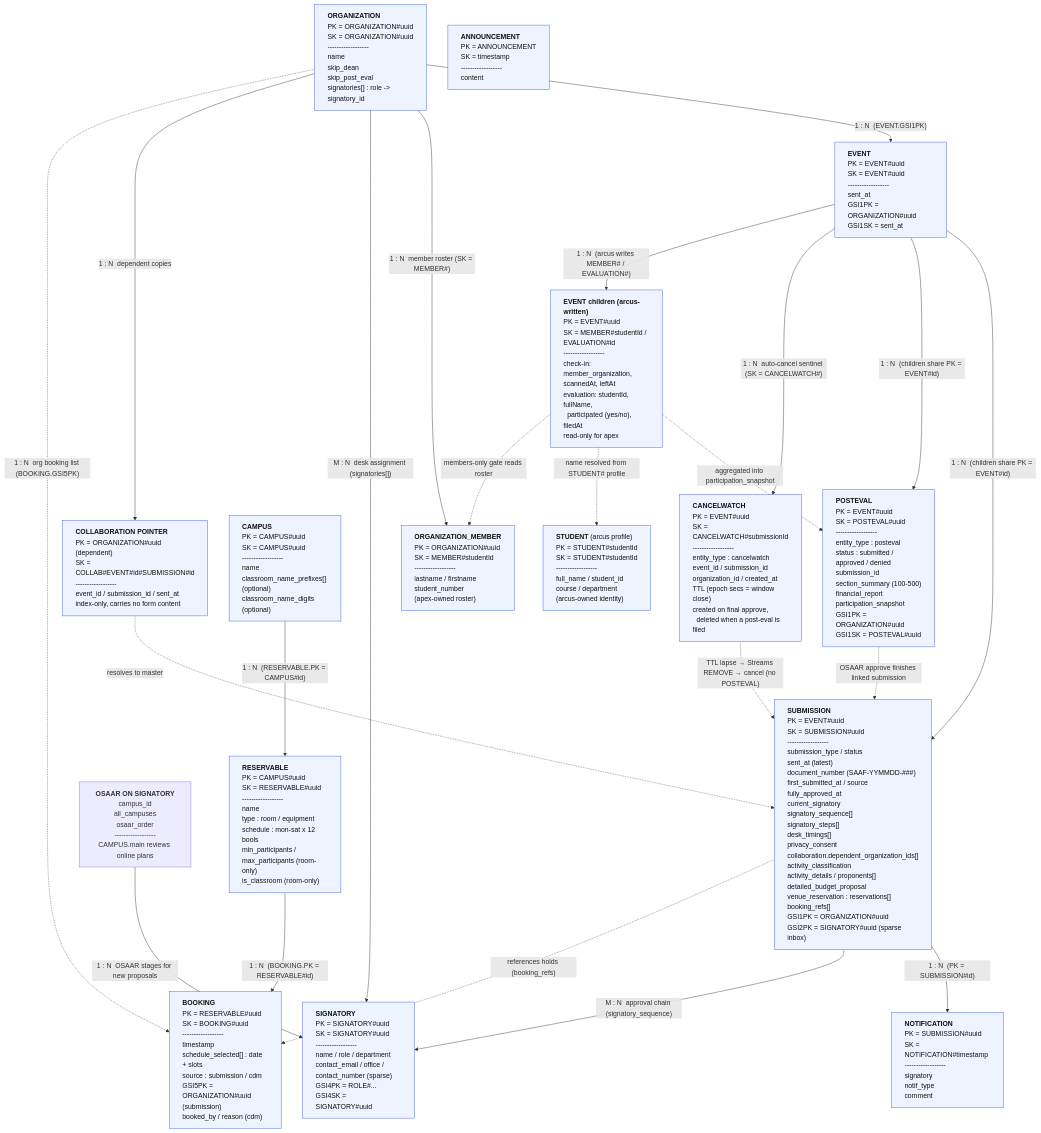
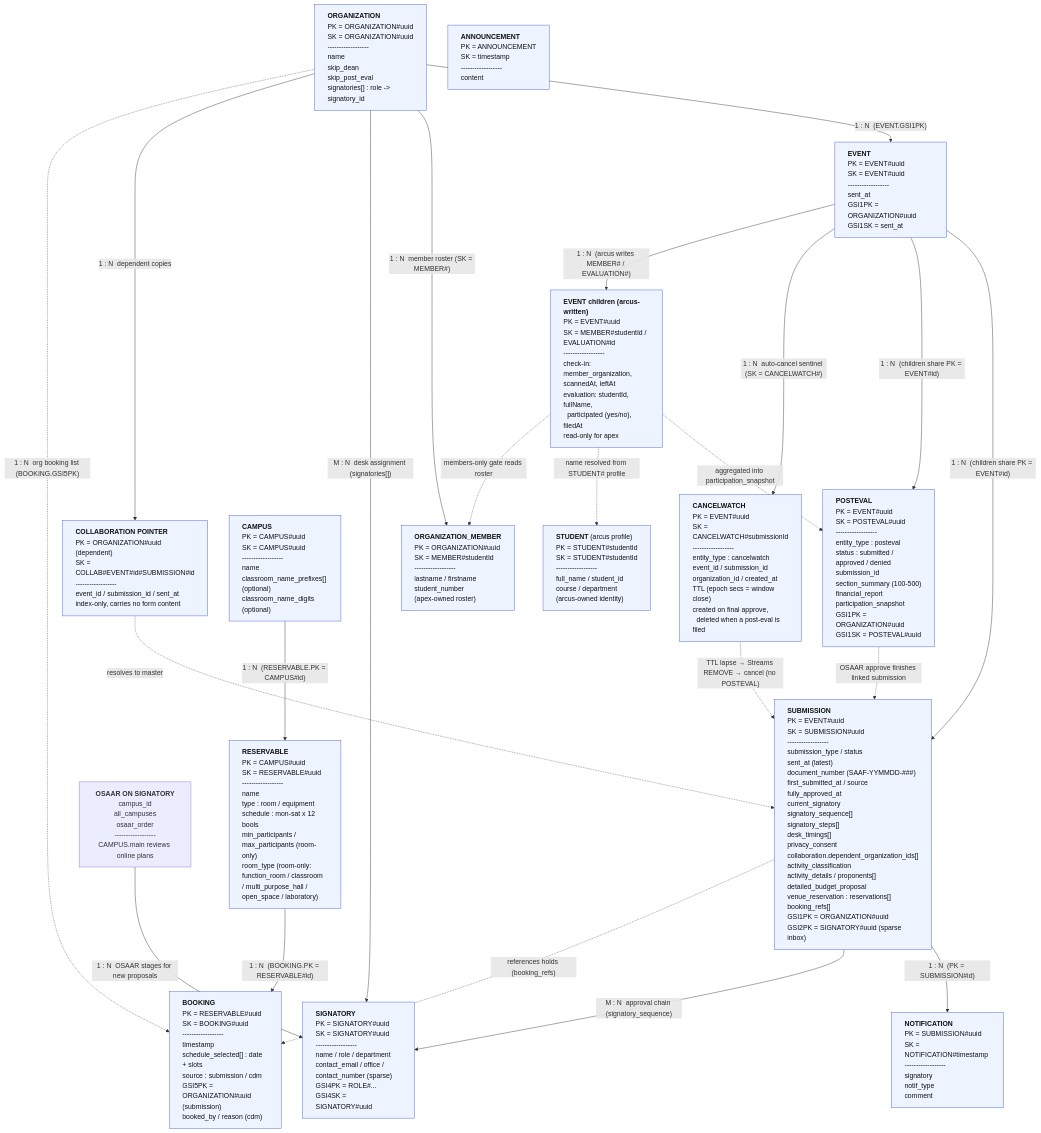
One commit to nomorepinto/mapua-apex changed the diagram in docs/erd/erd.mmd. Above: the diagram before and after it, drawn with Mermaid. The commit also changed 27 other files, not shown here.

```diff
--- a/docs/erd/erd.mmd
+++ b/docs/erd/erd.mmd
@@ -1,63 +1,63 @@
 %% mapua-apex - Conceptual ERD (DynamoDB single-table design)
 %% Laid out top-down (graph TD) so the diagram renders vertically and fits
 %% an 8.5x11 portrait page without horizontal cut-off.
 %% Relationships are LOGICAL only: DynamoDB stores no foreign keys, IDs are
 %% copied onto items and resolved at write time.
 %% DEADLINE REMINDER is intentionally omitted (deprecated: orphaned read path,
 %% no producer). See "DynamoDB Schema.txt" -> Deprecated / removed objects.
 graph TD
     ORGANIZATION["<b>ORGANIZATION</b><br/>PK = ORGANIZATION#uuid<br/>SK = ORGANIZATION#uuid<br/>------------------<br/>name<br/>skip_dean<br/>skip_post_eval<br/>signatories[] : role -&gt; signatory_id"]
 
     ORG_MEMBER["<b>ORGANIZATION_MEMBER</b><br/>PK = ORGANIZATION#uuid<br/>SK = MEMBER#studentId<br/>------------------<br/>lastname / firstname<br/>student_number<br/>(apex-owned roster)"]
 
     EVENT["<b>EVENT</b><br/>PK = EVENT#uuid<br/>SK = EVENT#uuid<br/>------------------<br/>sent_at<br/>GSI1PK = ORGANIZATION#uuid<br/>GSI1SK = sent_at"]
 
     SUBMISSION["<b>SUBMISSION</b><br/>PK = EVENT#uuid<br/>SK = SUBMISSION#uuid<br/>------------------<br/>submission_type / status<br/>sent_at (latest)<br/>document_number (SAAF-YYMMDD-###)<br/>first_submitted_at / source<br/>fully_approved_at<br/>current_signatory<br/>signatory_sequence[]<br/>signatory_steps[]<br/>desk_timings[]<br/>privacy_consent<br/>collaboration.dependent_organization_ids[]<br/>activity_classification<br/>activity_details / proponents[]<br/>detailed_budget_proposal<br/>venue_reservation : reservations[]<br/>booking_refs[]<br/>GSI1PK = ORGANIZATION#uuid<br/>GSI2PK = SIGNATORY#uuid (sparse inbox)"]
     SETTINGS["<b>OSAAR ON SIGNATORY</b><br/>campus_id<br/>all_campuses<br/>osaar_order<br/>------------------<br/>CAMPUS.main reviews online plans"]
 
     NOTIFICATION["<b>NOTIFICATION</b><br/>PK = SUBMISSION#uuid<br/>SK = NOTIFICATION#timestamp<br/>------------------<br/>signatory<br/>notif_type<br/>comment"]
 
     SIGNATORY["<b>SIGNATORY</b><br/>PK = SIGNATORY#uuid<br/>SK = SIGNATORY#uuid<br/>------------------<br/>name / role / department<br/>contact_email / office / contact_number (sparse)<br/>GSI4PK = ROLE#...<br/>GSI4SK = SIGNATORY#uuid"]
 
     COLLAB["<b>COLLABORATION POINTER</b><br/>PK = ORGANIZATION#uuid (dependent)<br/>SK = COLLAB#EVENT#id#SUBMISSION#id<br/>------------------<br/>event_id / submission_id / sent_at<br/>index-only, carries no form content"]
 
     ANNOUNCEMENT["<b>ANNOUNCEMENT</b><br/>PK = ANNOUNCEMENT<br/>SK = timestamp<br/>------------------<br/>content"]
 
     CAMPUS["<b>CAMPUS</b><br/>PK = CAMPUS#uuid<br/>SK = CAMPUS#uuid<br/>------------------<br/>name<br/>classroom_name_prefixes[] (optional)<br/>classroom_name_digits (optional)"]
 
-    RESERVABLE["<b>RESERVABLE</b><br/>PK = CAMPUS#uuid<br/>SK = RESERVABLE#uuid<br/>------------------<br/>name<br/>type : room / equipment<br/>schedule : mon-sat x 12 bools<br/>min_participants / max_participants (room-only)<br/>is_classroom (room-only)"]
+    RESERVABLE["<b>RESERVABLE</b><br/>PK = CAMPUS#uuid<br/>SK = RESERVABLE#uuid<br/>------------------<br/>name<br/>type : room / equipment<br/>schedule : mon-sat x 12 bools<br/>min_participants / max_participants (room-only)<br/>room_type (room-only: function_room / classroom / multi_purpose_hall / open_space / laboratory)"]
 
     BOOKING["<b>BOOKING</b><br/>PK = RESERVABLE#uuid<br/>SK = BOOKING#uuid<br/>------------------<br/>timestamp<br/>schedule_selected[] : date + slots<br/>source : submission / cdm<br/>GSI5PK = ORGANIZATION#uuid (submission)<br/>booked_by / reason (cdm)"]
 
     POSTEVAL["<b>POSTEVAL</b><br/>PK = EVENT#uuid<br/>SK = POSTEVAL#uuid<br/>------------------<br/>entity_type : posteval<br/>status : submitted / approved / denied<br/>submission_id<br/>section_summary (100-500)<br/>financial_report<br/>participation_snapshot<br/>GSI1PK = ORGANIZATION#uuid<br/>GSI1SK = POSTEVAL#uuid"]
 
     CANCELWATCH["<b>CANCELWATCH</b><br/>PK = EVENT#uuid<br/>SK = CANCELWATCH#submissionId<br/>------------------<br/>entity_type : cancelwatch<br/>event_id / submission_id<br/>organization_id / created_at<br/>TTL (epoch secs = window close)<br/>created on final approve,<br/>&nbsp;&nbsp;deleted when a post-eval is filed"]
 
     ARCUS_CHILD["<b>EVENT children (arcus-written)</b><br/>PK = EVENT#uuid<br/>SK = MEMBER#studentId / EVALUATION#id<br/>------------------<br/>check-in: member_organization, scannedAt, leftAt<br/>evaluation: studentId, fullName,<br/>&nbsp;&nbsp;participated (yes/no), filedAt<br/>read-only for apex"]
 
     STUDENT["<b>STUDENT</b> (arcus profile)<br/>PK = STUDENT#studentId<br/>SK = STUDENT#studentId<br/>------------------<br/>full_name / student_id<br/>course / department<br/>(arcus-owned identity)"]
 
     ORGANIZATION -->|"1 : N &nbsp;(EVENT.GSI1PK)"| EVENT
     ORGANIZATION -->|"1 : N &nbsp;member roster (SK = MEMBER#)"| ORG_MEMBER
     EVENT -->|"1 : N &nbsp;(children share PK = EVENT#id)"| SUBMISSION
     SUBMISSION -->|"1 : N &nbsp;(PK = SUBMISSION#id)"| NOTIFICATION
     ORGANIZATION -->|"M : N &nbsp;desk assignment (signatories[])"| SIGNATORY
     SUBMISSION -->|"M : N &nbsp;approval chain (signatory_sequence)"| SIGNATORY
     SETTINGS -->|"1 : N &nbsp;OSAAR stages for new proposals"| SIGNATORY
     ORGANIZATION -->|"1 : N &nbsp;dependent copies"| COLLAB
     COLLAB -.->|"resolves to master"| SUBMISSION
     CAMPUS -->|"1 : N &nbsp;(RESERVABLE.PK = CAMPUS#id)"| RESERVABLE
     RESERVABLE -->|"1 : N &nbsp;(BOOKING.PK = RESERVABLE#id)"| BOOKING
     SUBMISSION -.->|"references holds (booking_refs)"| BOOKING
     ORGANIZATION -.->|"1 : N &nbsp;org booking list (BOOKING.GSI5PK)"| BOOKING
     EVENT -->|"1 : N &nbsp;(children share PK = EVENT#id)"| POSTEVAL
     EVENT -->|"1 : N &nbsp;auto-cancel sentinel (SK = CANCELWATCH#)"| CANCELWATCH
     CANCELWATCH -.->|"TTL lapse &rarr; Streams REMOVE &rarr; cancel (no POSTEVAL)"| SUBMISSION
     EVENT -->|"1 : N &nbsp;(arcus writes MEMBER# / EVALUATION#)"| ARCUS_CHILD
     POSTEVAL -.->|"OSAAR approve finishes linked submission"| SUBMISSION
     ARCUS_CHILD -.->|"aggregated into participation_snapshot"| POSTEVAL
     ARCUS_CHILD -.->|"name resolved from STUDENT# profile"| STUDENT
     ARCUS_CHILD -.->|"members-only gate reads roster"| ORG_MEMBER
 
     classDef entity fill:#eef4ff,stroke:#3b5bdb,stroke-width:1px,color:#111111,text-align:left;
     class ORGANIZATION,ORG_MEMBER,EVENT,SUBMISSION,NOTIFICATION,SIGNATORY,COLLAB,ANNOUNCEMENT,CAMPUS,RESERVABLE,BOOKING,POSTEVAL,CANCELWATCH,ARCUS_CHILD,STUDENT entity;
```
